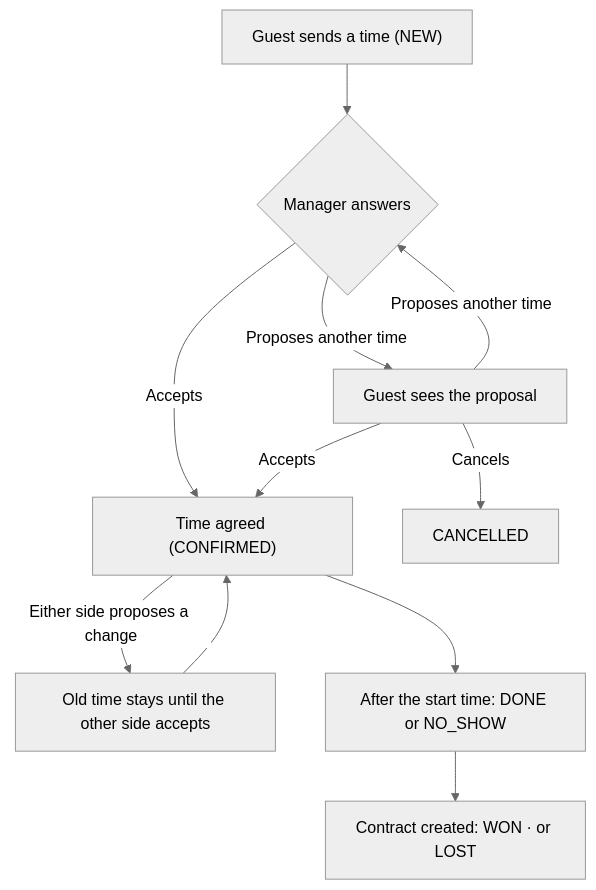
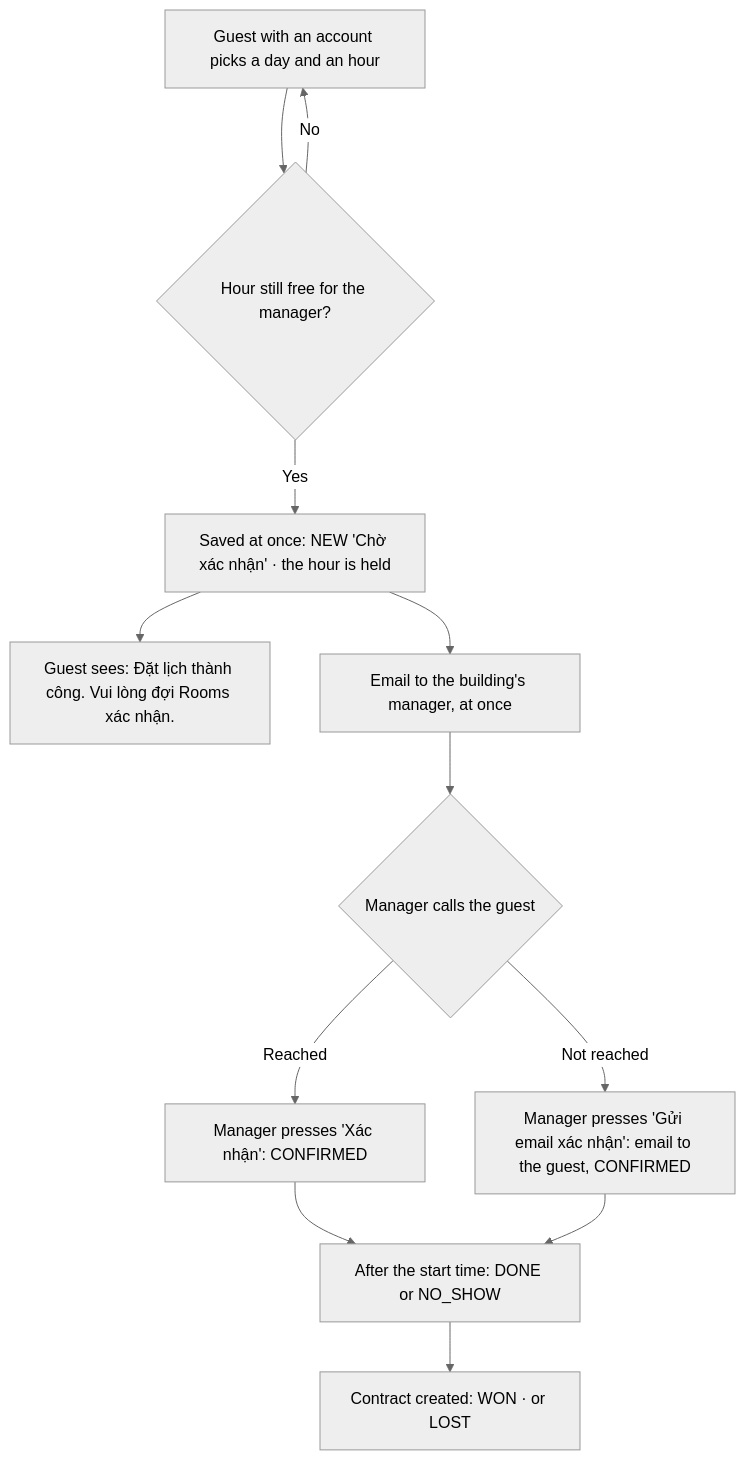
The diagram in docs/spec/13-viewings.md (vanminhh/Rooms), drawn with Mermaid (neutral theme) before and after one commit. The commit also changed other lines of this file and 33 other files, not shown here.

````diff
--- a/docs/spec/13-viewings.md
+++ b/docs/spec/13-viewings.md
@@ -9,13 +9,14 @@
 ```mermaid
 flowchart TD
-  A["Guest sends a time (NEW)"] --> B{"Manager answers"}
-  B -->|"Accepts"| C["Time agreed (CONFIRMED)"]
-  B -->|"Proposes another time"| D["Guest sees the proposal"]
-  D -->|"Accepts"| C
-  D -->|"Proposes another time"| B
-  D -->|"Cancels"| E["CANCELLED"]
-  C -->|"Either side proposes a change"| F["Old time stays until the other side accepts"]
-  F --> C
-  C --> G["After the start time: DONE or NO_SHOW"]
-  G --> H["Contract created: WON · or LOST"]
+  A["Guest with an account picks a day and an hour"] --> B{"Hour still free for the manager?"}
+  B -->|"No"| A
+  B -->|"Yes"| C["Saved at once: NEW 'Chờ xác nhận' · the hour is held"]
+  C --> D["Guest sees: Đặt lịch thành công. Vui lòng đợi Rooms xác nhận."]
+  C --> E["Email to the building's manager, at once"]
+  E --> F{"Manager calls the guest"}
+  F -->|"Reached"| G["Manager presses 'Xác nhận': CONFIRMED"]
+  F -->|"Not reached"| H["Manager presses 'Gửi email xác nhận': email to the guest, CONFIRMED"]
+  G --> I["After the start time: DONE or NO_SHOW"]
+  H --> I
+  I --> J["Contract created: WON · or LOST"]
 ```
````
